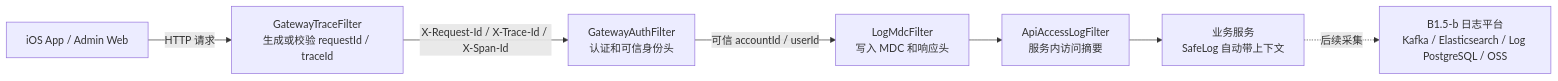
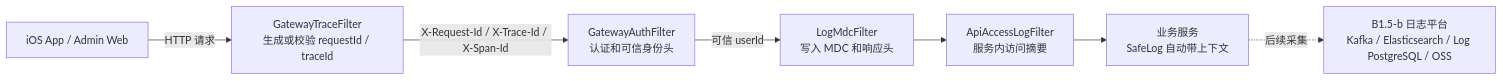
The seventh of 26 diagrams in CODEX-after.md (xuqian-z97/food-map), drawn with Mermaid before and after one commit. The commit also changed other lines of this file and 3 other files, not shown here.

Commit message:
docs: adopt user identity auth baseline

````diff
--- a/CODEX-after.md
+++ b/CODEX-after.md
@@ -3042,17 +3067,17 @@
 ```mermaid
 flowchart LR
     client["iOS App / Admin Web"]
     gateway_trace["GatewayTraceFilter<br/>生成或校验 requestId / traceId"]
     gateway_auth["GatewayAuthFilter<br/>认证和可信身份头"]
     service_mdc["LogMdcFilter<br/>写入 MDC 和响应头"]
     service_access["ApiAccessLogFilter<br/>服务内访问摘要"]
     service_log["业务服务<br/>SafeLog 自动带上下文"]
     b15b_sink["B1.5-b 日志平台<br/>Kafka / Elasticsearch / Log PostgreSQL / OSS"]
 
     client -->|"HTTP 请求"| gateway_trace
     gateway_trace -->|"X-Request-Id / X-Trace-Id / X-Span-Id"| gateway_auth
-    gateway_auth -->|"可信 accountId / userId"| service_mdc
+    gateway_auth -->|"可信 userId"| service_mdc
     service_mdc --> service_access
     service_access --> service_log
     service_log -. "后续采集" .-> b15b_sink
 ```
````
